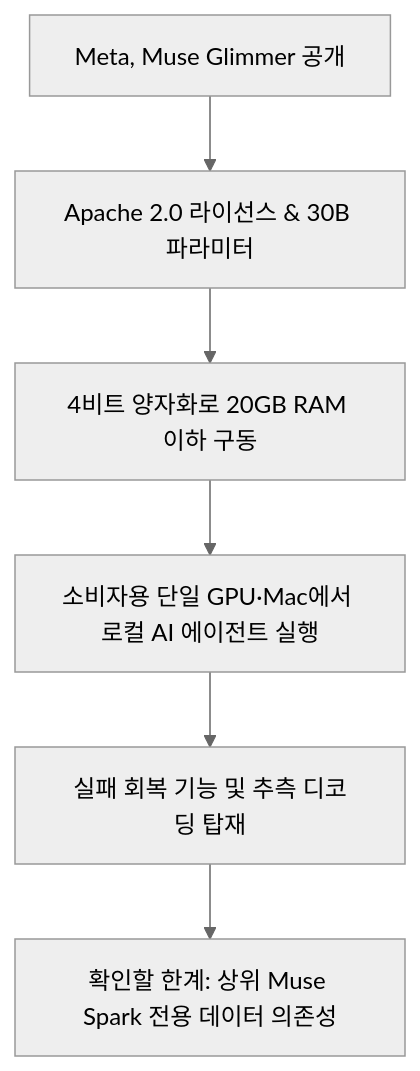
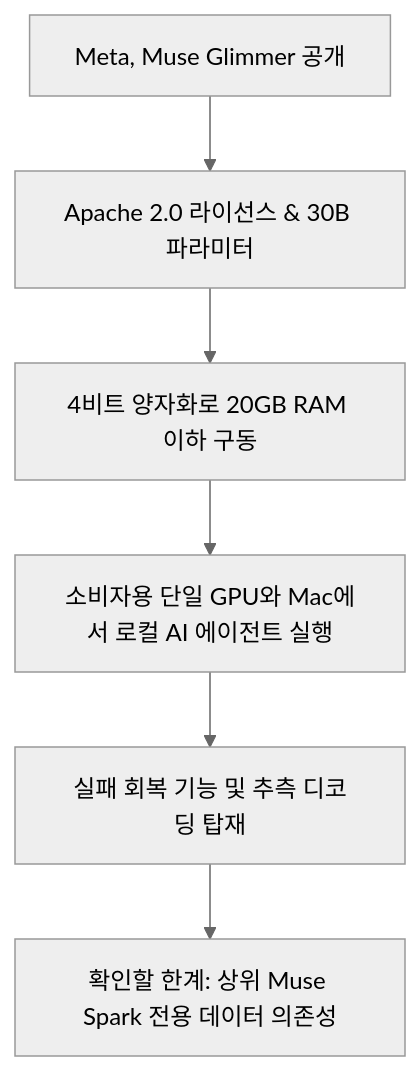
The first of 3 diagrams in _posts/2026-08-11-meta-releases-open-source-muse-glimmer-30b-model-for-consumer-gpus.md (jjxxmiin/jjxxmiin.github.io), drawn with Mermaid (neutral theme) before and after one commit. The commit also changed other lines of this file and 624 other files, not shown here.

````diff
--- a/_posts/2026-08-11-meta-releases-open-source-muse-glimmer-30b-model-for-consumer-gpus.md
+++ b/_posts/2026-08-11-meta-releases-open-source-muse-glimmer-30b-model-for-consumer-gpus.md
@@ -46,8 +51,8 @@
 ```mermaid
 graph TD
     A[Meta, Muse Glimmer 공개] --> B[Apache 2.0 라이선스 & 30B 파라미터]
     B --> C[4비트 양자화로 20GB RAM 이하 구동]
-    C --> D[소비자용 단일 GPU·Mac에서 로컬 AI 에이전트 실행]
+    C --> D[소비자용 단일 GPU와 Mac에서 로컬 AI 에이전트 실행]
     D --> E[실패 회복 기능 및 추측 디코딩 탑재]
     E --> F[확인할 한계: 상위 Muse Spark 전용 데이터 의존성]
 ```
````
